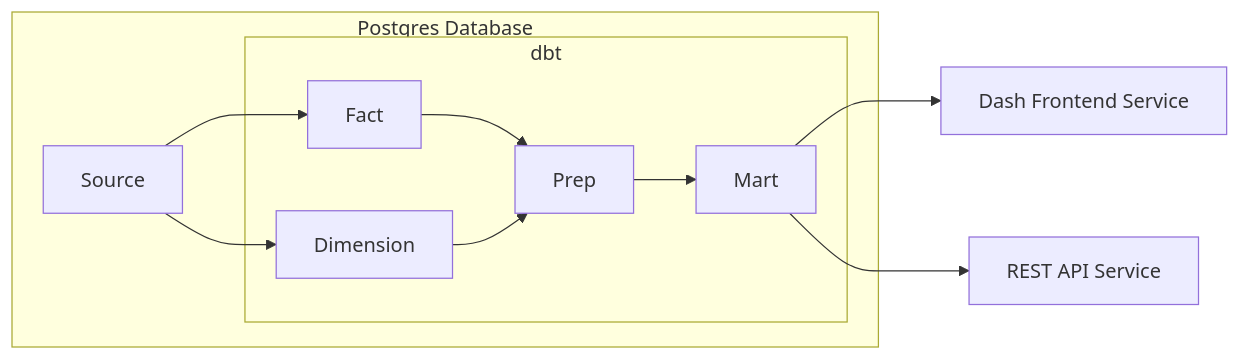
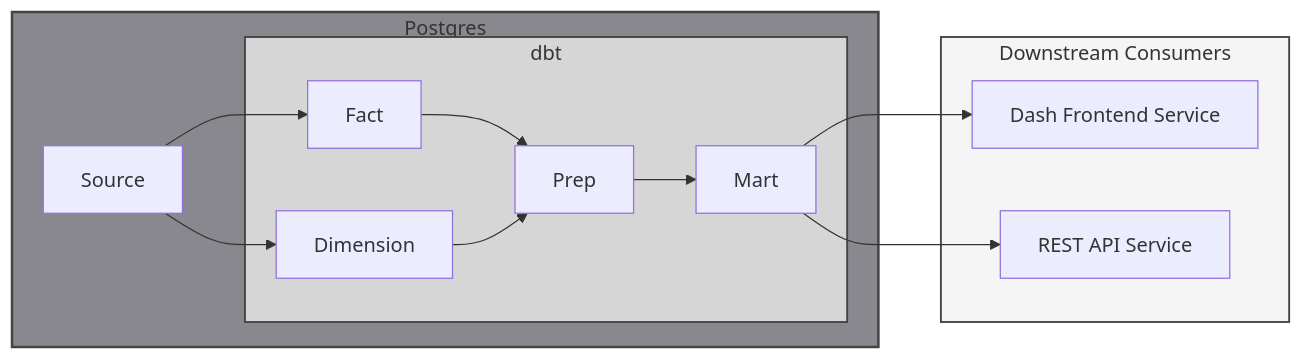
One commit to jyablonski/doqs changed the first of 2 diagrams in src/content/docs/services/dbt.md. Above: the diagram before and after it, drawn with Mermaid. The commit also changed other lines of this file and 11 other files, not shown here.

````diff
--- a/src/content/docs/services/dbt.md
+++ b/src/content/docs/services/dbt.md
@@ -16,21 +16,29 @@
 ``` mermaid
 graph LR
-    subgraph DB[Postgres Database]
+
+    subgraph PostgresDB[Postgres]
         NBA[Source]
         
-        subgraph dbt
+        subgraph DBT_Models[dbt]
             FACT[Fact]
             DIM[Dimension]
             PREP[Prep]
             MART[Mart]
         end
 
         NBA --> FACT
         NBA --> DIM
         FACT & DIM --> PREP
         PREP --> MART
     end
 
-    MART --> DASH[Dash Frontend Service]
-    MART --> API[REST API Service]
+    subgraph Downstream_Consumers[Downstream Consumers]
+        MART --> DASH[Dash Frontend Service]
+        MART --> API[REST API Service]
+    end
+
+    style PostgresDB fill:#89888f,stroke:#444,stroke-width:2px
+    style DBT_Models fill:#d6d6d6,stroke:#444,stroke-width:1.5px
+    style Downstream_Consumers fill:#f5f5f5,stroke:#444,stroke-width:1.5px
+
 ```
````
